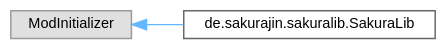
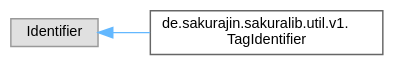
The diagram in inherit_graph_29.dot (noah1510/sakura-lib), drawn with Graphviz before and after one commit. The commit also changed 77 other files, not shown here.

Commit message:
Deploying to gh-pages from @ noah1510/sakura-lib@31f47541eb1824988f2681ef2dab5bb4f6fc68d8 🚀

```diff
--- a/inherit_graph_29.dot
+++ b/inherit_graph_29.dot
@@ -1,11 +1,11 @@
 digraph "Graphical Class Hierarchy"
 {
  // LATEX_PDF_SIZE
   bgcolor="transparent";
   edge [fontname=Helvetica,fontsize=10,labelfontname=Helvetica,labelfontsize=10];
   node [fontname=Helvetica,fontsize=10,shape=box,height=0.2,width=0.4];
   rankdir="LR";
-  Node0 [label="ModInitializer",height=0.2,width=0.4,color="grey60", fillcolor="#E0E0E0", style="filled",tooltip=" "];
+  Node0 [label="Identifier",height=0.2,width=0.4,color="grey60", fillcolor="#E0E0E0", style="filled",tooltip=" "];
   Node0 -> Node1 [dir="back",color="steelblue1",style="solid"];
-  Node1 [label="de.sakurajin.sakuralib.SakuraLib",height=0.2,width=0.4,color="grey40", fillcolor="white", style="filled",URL="$classde_1_1sakurajin_1_1sakuralib_1_1SakuraLib.html",tooltip=" "];
+  Node1 [label="de.sakurajin.sakuralib.util.v1.\lTagIdentifier",height=0.2,width=0.4,color="grey40", fillcolor="white", style="filled",URL="$classde_1_1sakurajin_1_1sakuralib_1_1util_1_1v1_1_1TagIdentifier.html",tooltip=" "];
 }
```
